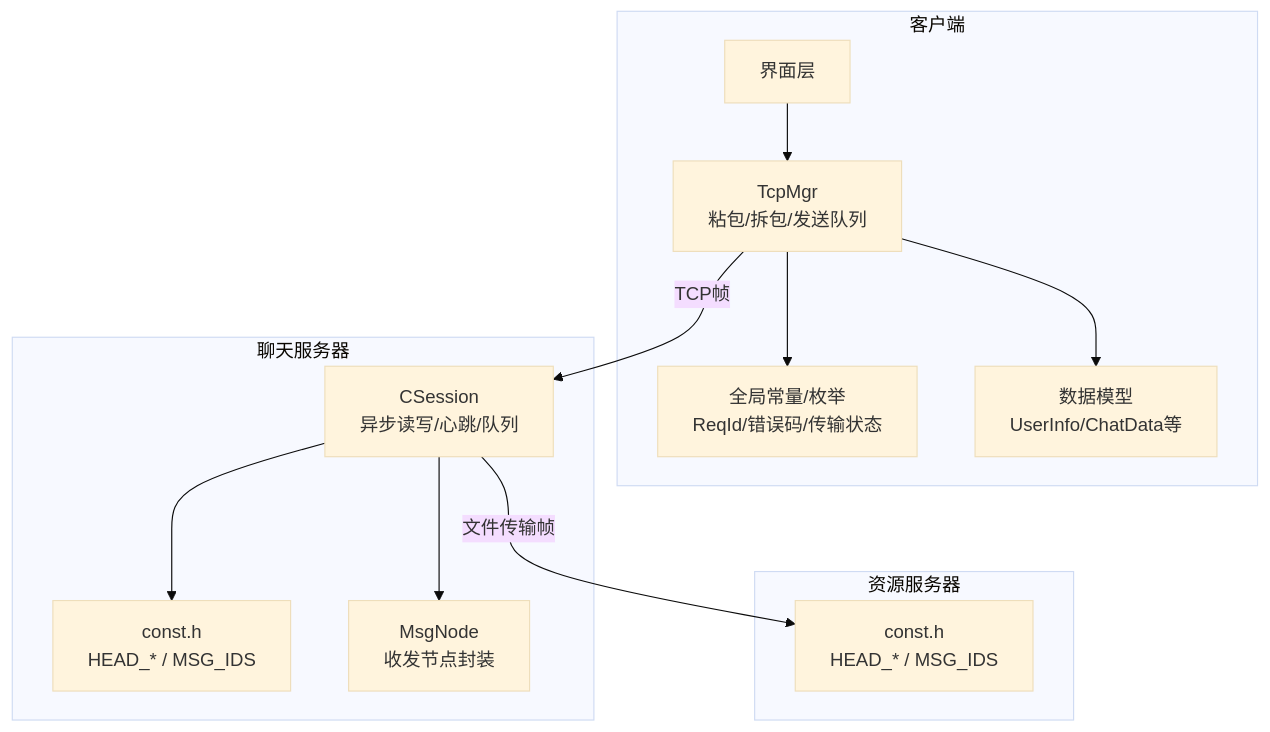
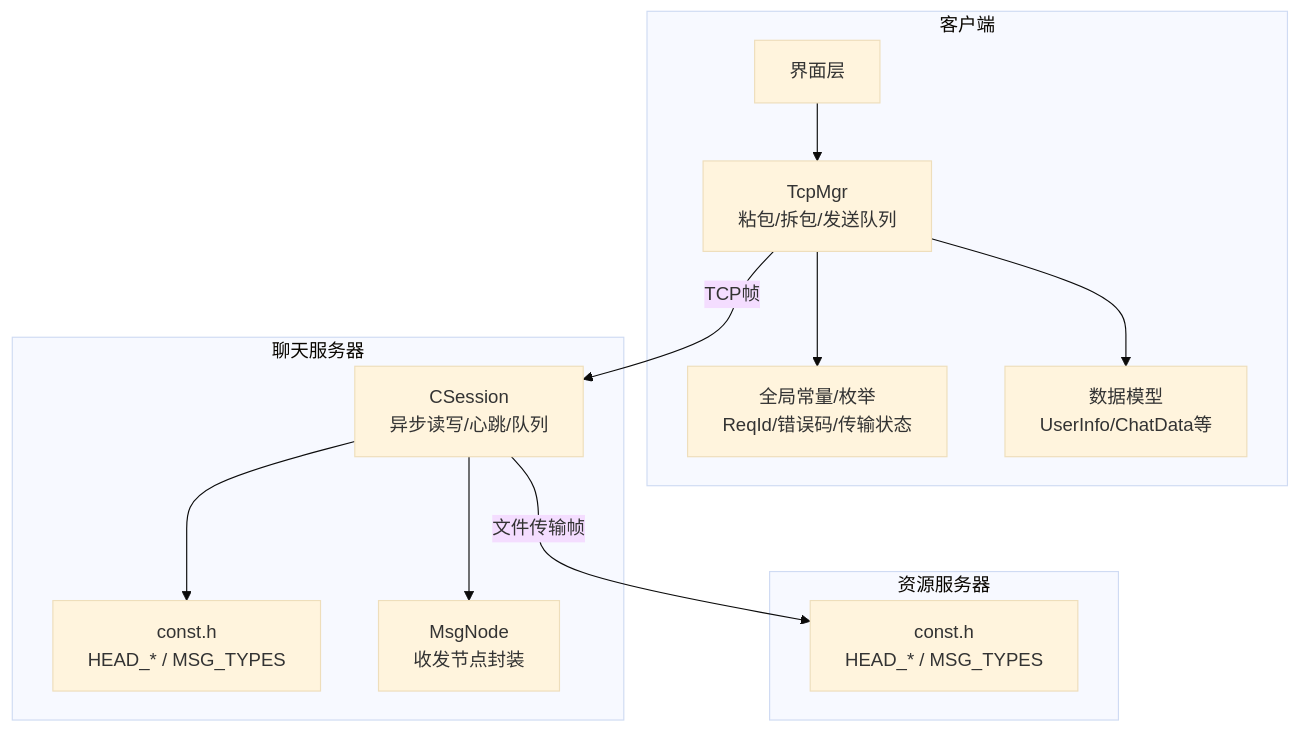
Before and after one commit to echo9923/mychatter: the first of 7 diagrams in .qoder/repowiki/zh/content/架构设计/通信协议设计/TCP二进制协议.md, drawn with Mermaid (base theme). The commit also changed other lines of this file and 128 other files, not shown here.

````diff
--- a/.qoder/repowiki/zh/content/架构设计/通信协议设计/TCP二进制协议.md
+++ b/.qoder/repowiki/zh/content/架构设计/通信协议设计/TCP二进制协议.md
@@ -44,24 +44,24 @@
 ```mermaid
 graph TB
 subgraph "客户端"
 UI["界面层"]
 TCPMGR["TcpMgr<br/>粘包/拆包/发送队列"]
 GLOBAL["全局常量/枚举<br/>ReqId/错误码/传输状态"]
 USERDATA["数据模型<br/>UserInfo/ChatData等"]
 end
 subgraph "聊天服务器"
 CSESSION["CSession<br/>异步读写/心跳/队列"]
-CONST_CHAT["const.h<br/>HEAD_* / MSG_IDS"]
+CONST_CHAT["const.h<br/>HEAD_* / MSG_TYPES"]
 MSGNODE["MsgNode<br/>收发节点封装"]
 end
 subgraph "资源服务器"
-RCONST["const.h<br/>HEAD_* / MSG_IDS"]
+RCONST["const.h<br/>HEAD_* / MSG_TYPES"]
 end
 UI --> TCPMGR
 TCPMGR --> GLOBAL
 TCPMGR --> USERDATA
 TCPMGR --> |"TCP帧"| CSESSION
 CSESSION --> CONST_CHAT
 CSESSION --> MSGNODE
 CSESSION --> |"文件传输帧"| RCONST
 ```
````
